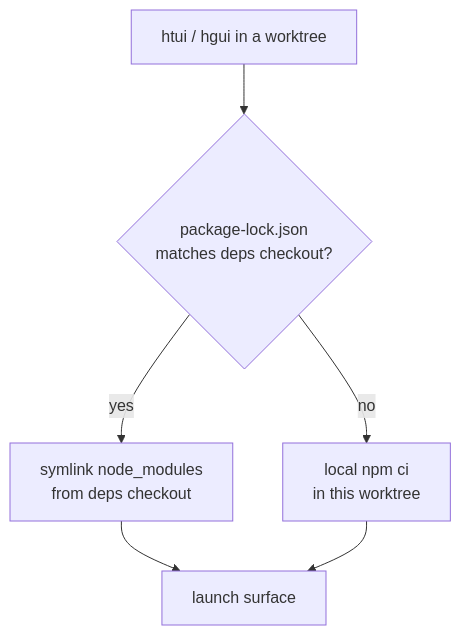
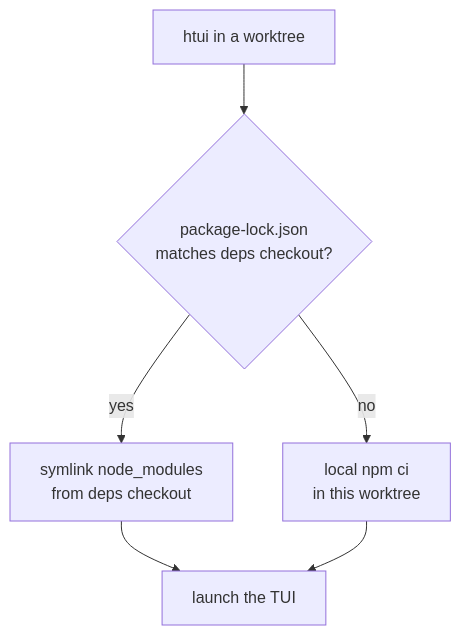
Before and after one commit to allr-ajmx/allr-agent: the diagram in website/docs/developer-guide/worktree-ui-dev.md, drawn with Mermaid. The commit also changed other lines of this file and 4 other files, not shown here.

````diff
--- a/website/docs/developer-guide/worktree-ui-dev.md
+++ b/website/docs/developer-guide/worktree-ui-dev.md
@@ -19,8 +19,8 @@
 ```mermaid
 flowchart TD
-    A[htui / hgui in a worktree] --> B{package-lock.json<br/>matches deps checkout?}
+    A[htui in a worktree] --> B{package-lock.json<br/>matches deps checkout?}
     B -- yes --> C[symlink node_modules<br/>from deps checkout]
     B -- no --> D[local npm ci<br/>in this worktree]
-    C --> E[launch surface]
+    C --> E[launch the TUI]
     D --> E
 ```
````
